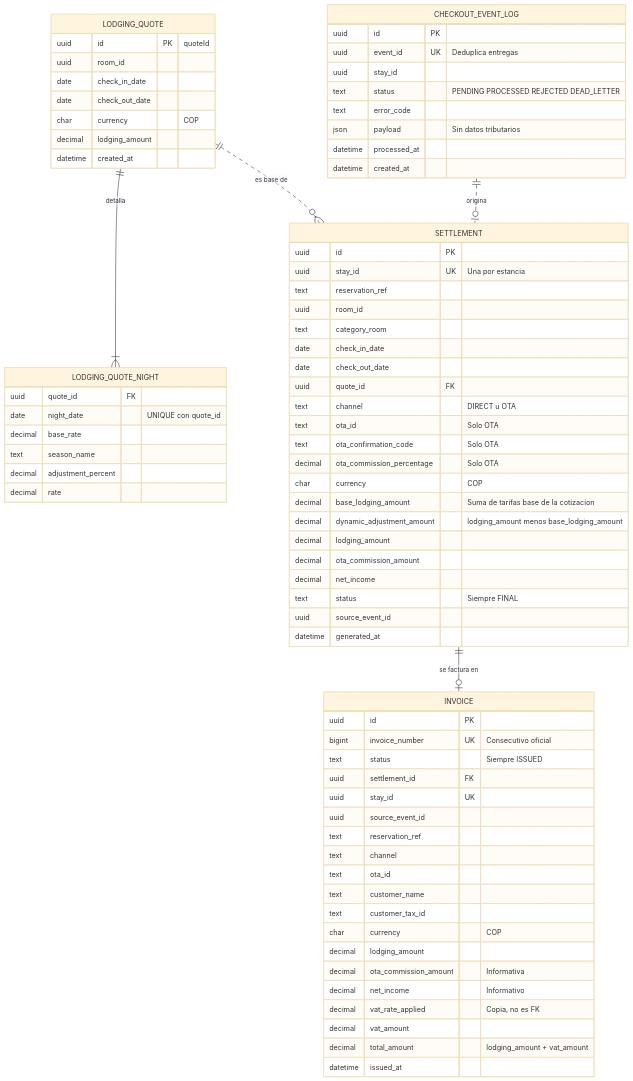
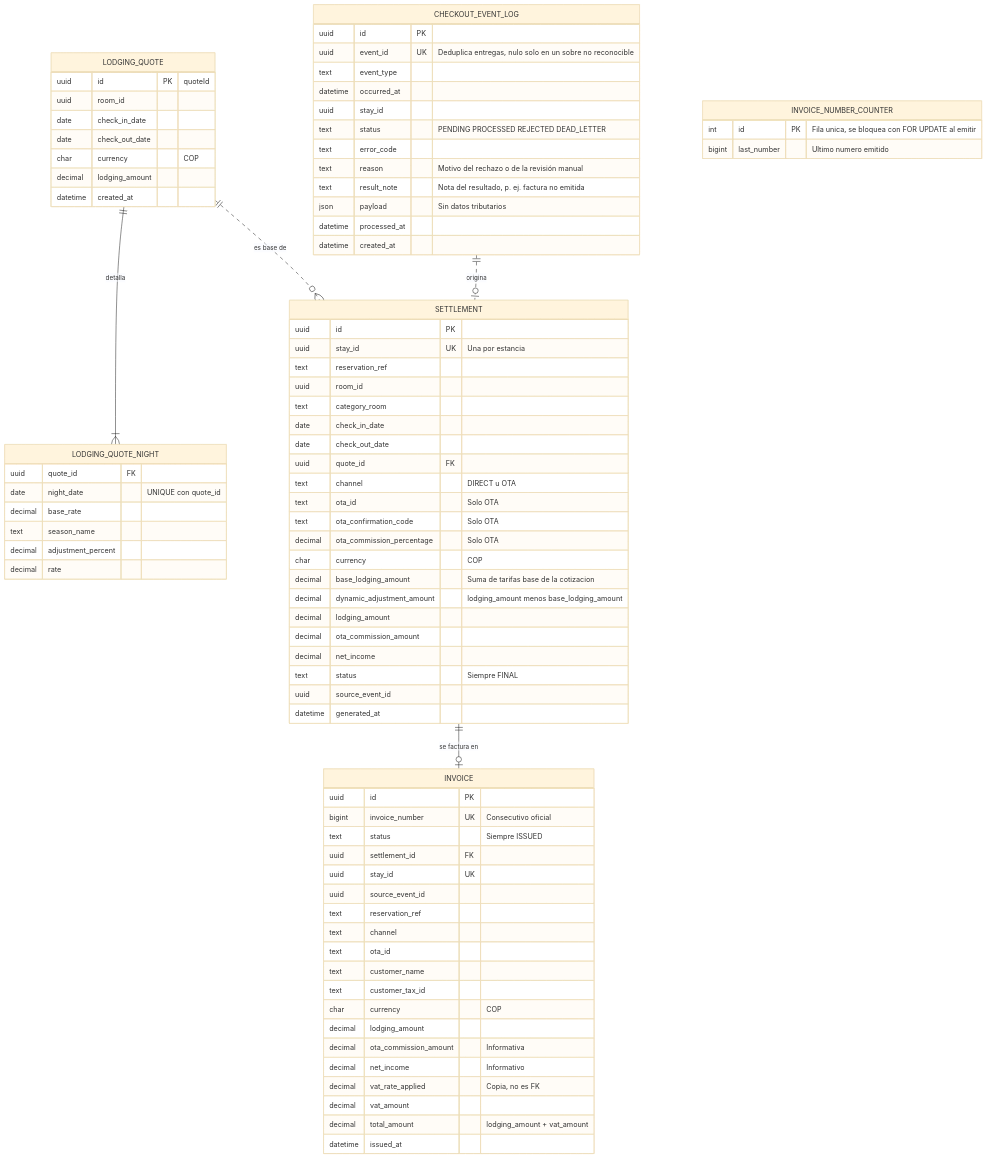
Before and after one commit to Proyect-Hospitua-Module-3/Hospitua-Module-3: the second of 4 diagrams in docs/plan-tecnico-base.md, drawn with Mermaid (base theme). The commit also changed other lines of this file, not shown here.

````diff
--- a/docs/plan-tecnico-base.md
+++ b/docs/plan-tecnico-base.md
@@ -567,10 +587,14 @@
     }
     CHECKOUT_EVENT_LOG {
         uuid id PK
-        uuid event_id UK "Deduplica entregas"
+        uuid event_id UK "Deduplica entregas, nulo solo en un sobre no reconocible"
+        text event_type
+        datetime occurred_at
         uuid stay_id
         text status "PENDING PROCESSED REJECTED DEAD_LETTER"
         text error_code
+        text reason "Motivo del rechazo o de la revisión manual"
+        text result_note "Nota del resultado, p. ej. factura no emitida"
         json payload "Sin datos tributarios"
         datetime processed_at
         datetime created_at
@@ -619,4 +643,8 @@
         decimal total_amount "lodging_amount + vat_amount"
         datetime issued_at
     }
+    INVOICE_NUMBER_COUNTER {
+        int id PK "Fila unica, se bloquea con FOR UPDATE al emitir"
+        bigint last_number "Ultimo numero emitido"
+    }
 ```
````
